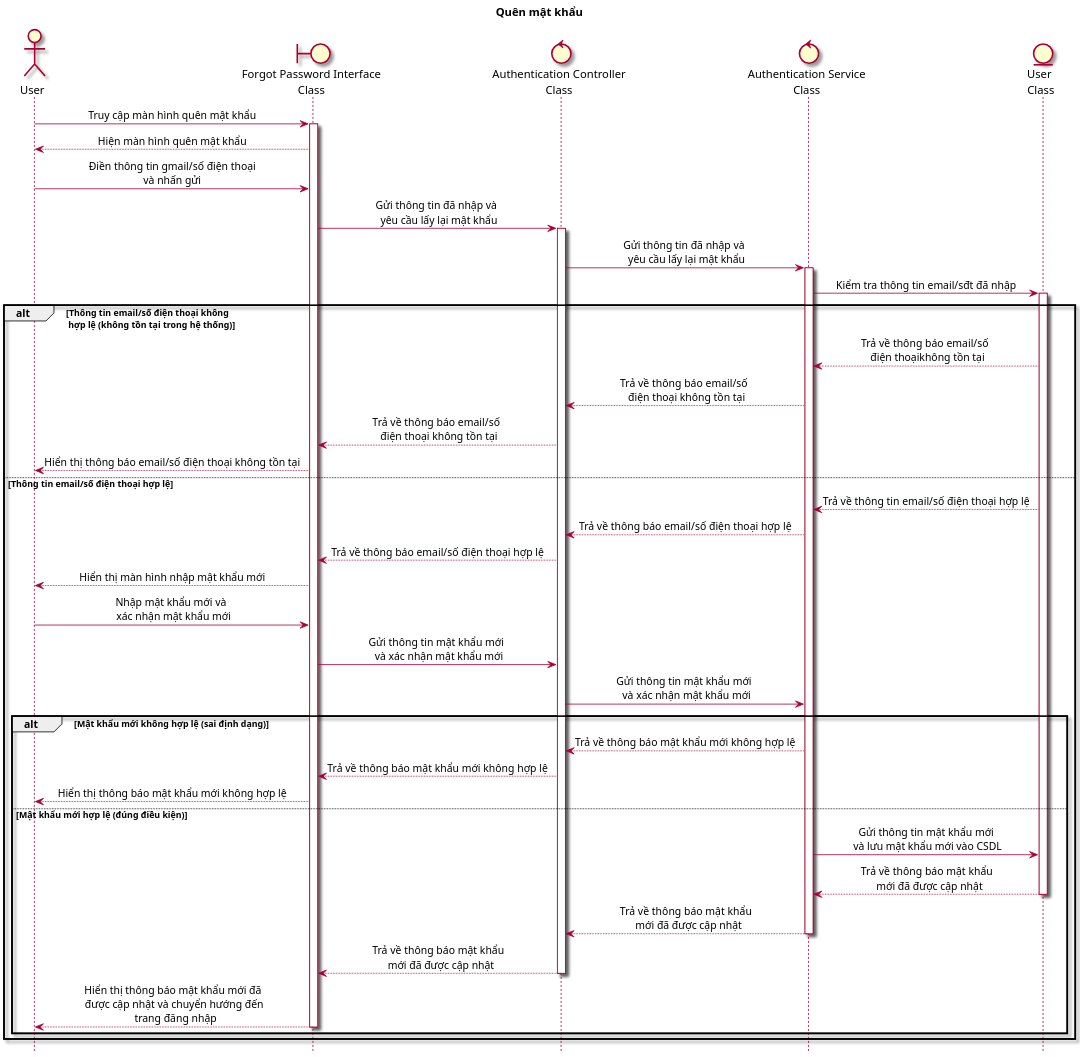
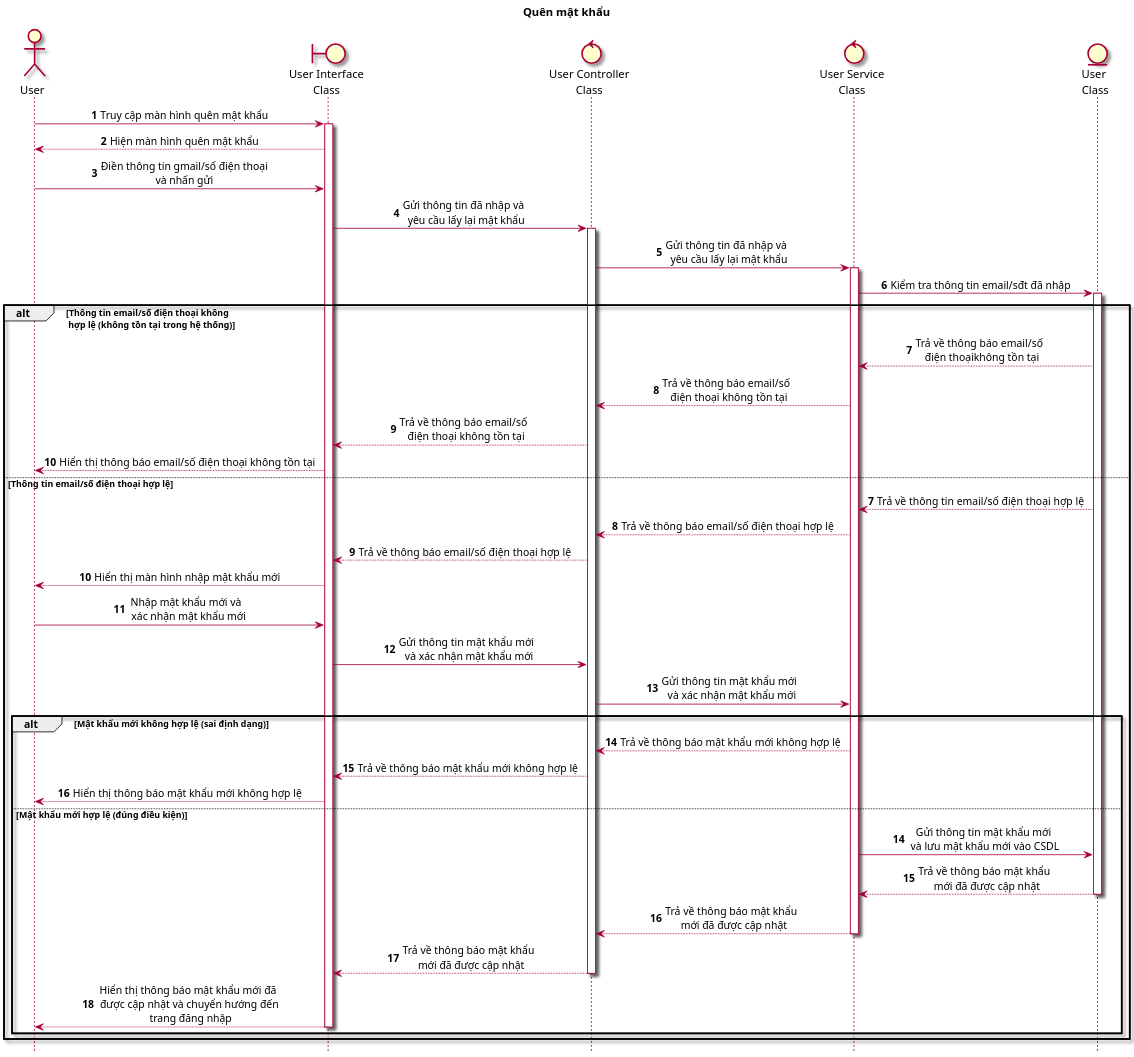
One commit to Griselda4774/WanderFun_Diagram changed the diagram in Sequence/SEQ03_ForgetPassword.puml. Above: the diagram before and after it, drawn with PlantUML. The commit also changed 16 other files, not shown here.

Commit message:
Done Sequence task

```diff
--- a/Sequence/SEQ03_ForgetPassword.puml
+++ b/Sequence/SEQ03_ForgetPassword.puml
@@ -1,57 +1,65 @@
 @startuml SEQ03_forgetPassword
     title: Quên mật khẩu
 
     skin rose
     scale 2
     skinparam sequenceMessageAlign center
     hide footbox
 
     actor "User" as user
-    boundary "Forgot Password Interface\nClass" as ui
-    control "Authentication Controller\nClass" as ctr
-    control "Authentication Service\nClass" as sv
+    boundary "User Interface\nClass" as ui
+    control "User Controller\nClass" as ctr
+    control "User Service\nClass" as sv
     entity "User \nClass" as ent
+
+    autonumber
 
     user -> ui: Truy cập màn hình quên mật khẩu
     ui ++
     ui --> user: Hiện màn hình quên mật khẩu
     user -> ui: Điền thông tin gmail/số điện thoại\nvà nhấn gửi
     ui -> ctr: Gửi thông tin đã nhập và \n yêu cầu lấy lại mật khẩu
     ctr ++
     ctr -> sv: Gửi thông tin đã nhập và \n yêu cầu lấy lại mật khẩu
     sv ++
     sv -> ent: Kiểm tra thông tin email/sđt đã nhập
     ent ++
     
     alt Thông tin email/số điện thoại không \n hợp lệ (không tồn tại trong hệ thống)
         ent --> sv: Trả về thông báo email/số \n điện thoạikhông tồn tại
         sv --> ctr: Trả về thông báo email/số \n điện thoại không tồn tại
         ctr --> ui: Trả về thông báo email/số \n điện thoại không tồn tại
         ui --> user: Hiển thị thông báo email/số điện thoại không tồn tại
     else Thông tin email/số điện thoại hợp lệ
+
+        autonumber 7
+
         ent --> sv: Trả về thông tin email/số điện thoại hợp lệ
         sv --> ctr: Trả về thông báo email/số điện thoại hợp lệ
         ctr --> ui: Trả về thông báo email/số điện thoại hợp lệ
         ui --> user: Hiển thị màn hình nhập mật khẩu mới
         user -> ui: Nhập mật khẩu mới và \n xác nhận mật khẩu mới
         ui -> ctr: Gửi thông tin mật khẩu mới \n và xác nhận mật khẩu mới
         ctr -> sv: Gửi thông tin mật khẩu mới \n và xác nhận mật khẩu mới
 
         alt Mật khẩu mới không hợp lệ (sai định dạng)
             sv --> ctr: Trả về thông báo mật khẩu mới không hợp lệ
             ctr --> ui: Trả về thông báo mật khẩu mới không hợp lệ
             ui --> user: Hiển thị thông báo mật khẩu mới không hợp lệ
         else Mật khẩu mới hợp lệ (đúng điều kiện)
+
+            autonumber 14
+
             sv -> ent: Gửi thông tin mật khẩu mới\n và lưu mật khẩu mới vào CSDL
             ent --> sv: Trả về thông báo mật khẩu \n mới đã được cập nhật
             ent --
             sv --> ctr: Trả về thông báo mật khẩu \n mới đã được cập nhật
             sv --
             ctr --> ui: Trả về thông báo mật khẩu \n mới đã được cập nhật
             ctr--
             ui --> user: Hiển thị thông báo mật khẩu mới đã \n được cập nhật và chuyển hướng đến \n trang đăng nhập
             ui --
         end
 
     end
 @enduml
```
